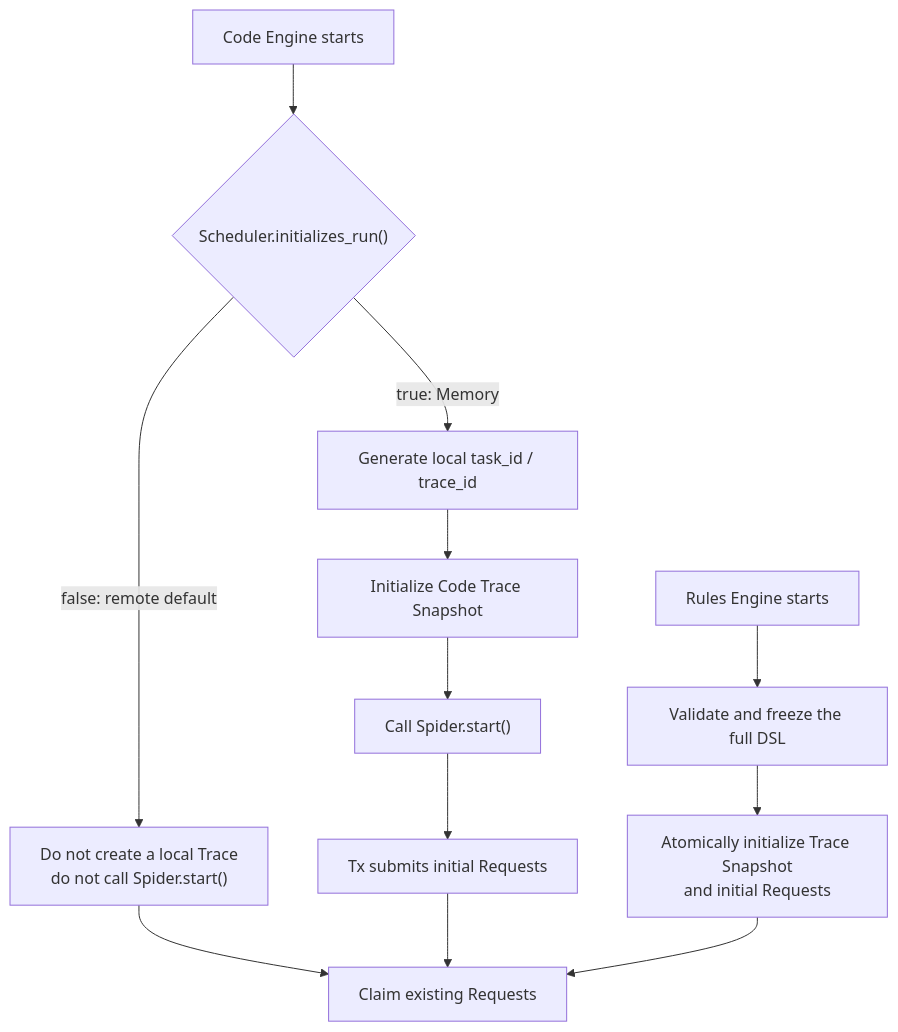
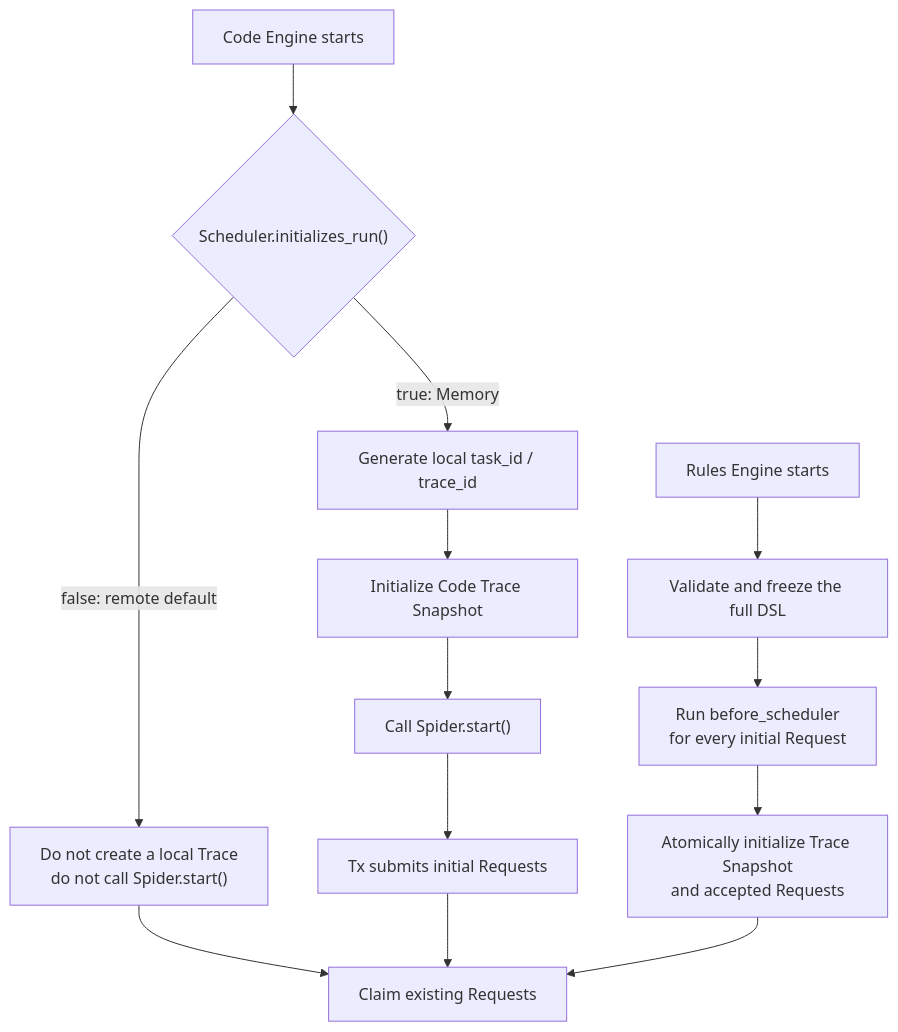
The third of 5 diagrams in docs/architecture.md (halo-space/crawler), drawn with Mermaid before and after one commit. The commit also changed other lines of this file and 37 other files, not shown here.

````diff
--- a/docs/architecture.md
+++ b/docs/architecture.md
@@ -136,15 +137,16 @@
 ```mermaid
 flowchart TB
     A["Code Engine starts"] --> B{"Scheduler.initializes_run()"}
     B -- "true: Memory" --> C["Generate local task_id / trace_id"]
     C --> D["Initialize Code Trace Snapshot"]
     D --> E["Call Spider.start()"]
     E --> F["Tx submits initial Requests"]
     B -- "false: remote default" --> G["Do not create a local Trace<br/>do not call Spider.start()"]
     G --> H["Claim existing Requests"]
     F --> H
 
     I["Rules Engine starts"] --> J["Validate and freeze the full DSL"]
-    J --> K["Atomically initialize Trace Snapshot<br/>and initial Requests"]
+    J --> L["Run before_scheduler<br/>for every initial Request"]
+    L --> K["Atomically initialize Trace Snapshot<br/>and accepted Requests"]
     K --> H
 ```
````
